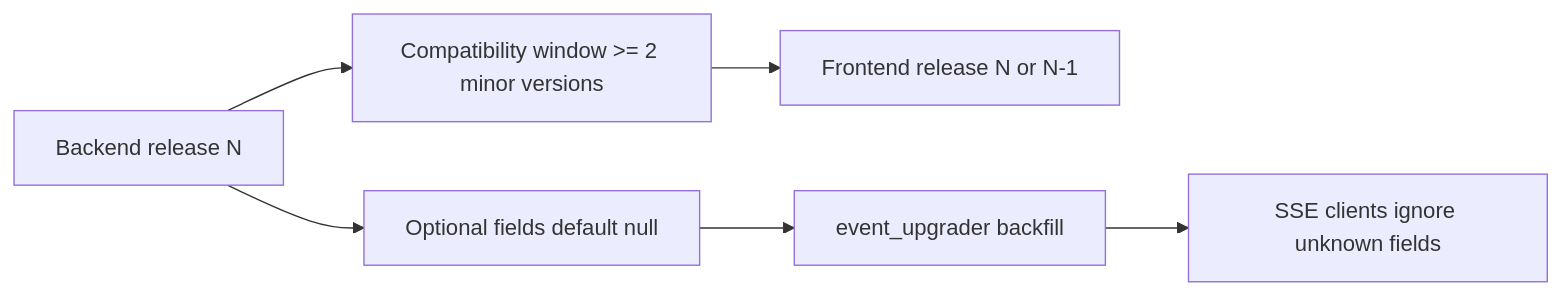
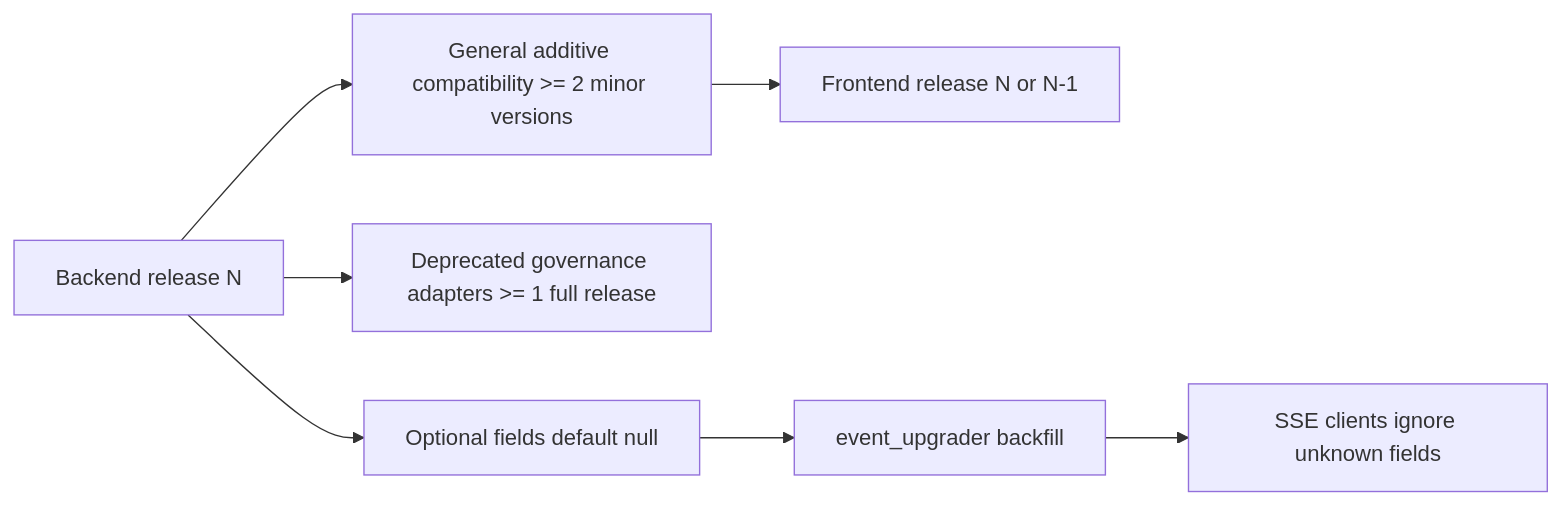
One commit to OceaLong/opencitadel changed the diagram in docs/architecture/contract-compatibility.md. Above: the diagram before and after it, drawn with Mermaid. The commit also changed other lines of this file and 333 other files, not shown here.

````diff
--- a/docs/architecture/contract-compatibility.md
+++ b/docs/architecture/contract-compatibility.md
@@ -7,8 +7,9 @@
 ```mermaid
 flowchart LR
-  Backend["Backend release N"] --> Window["Compatibility window >= 2 minor versions"]
+  Backend["Backend release N"] --> Window["General additive compatibility >= 2 minor versions"]
   Window --> Frontend["Frontend release N or N-1"]
+  Backend --> Deprecated["Deprecated governance adapters >= 1 full release"]
   Backend --> Optional["Optional fields default null"]
   Optional --> Upgrader["event_upgrader backfill"]
   Upgrader --> Clients["SSE clients ignore unknown fields"]
 ```
````
